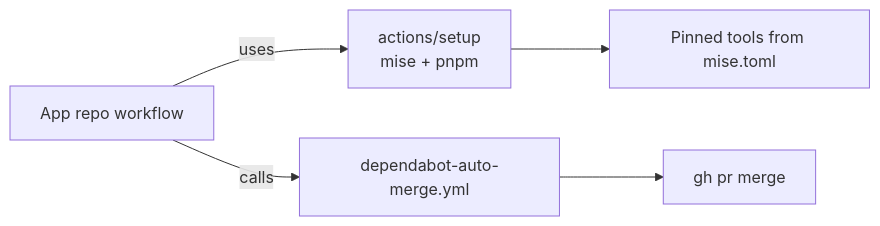
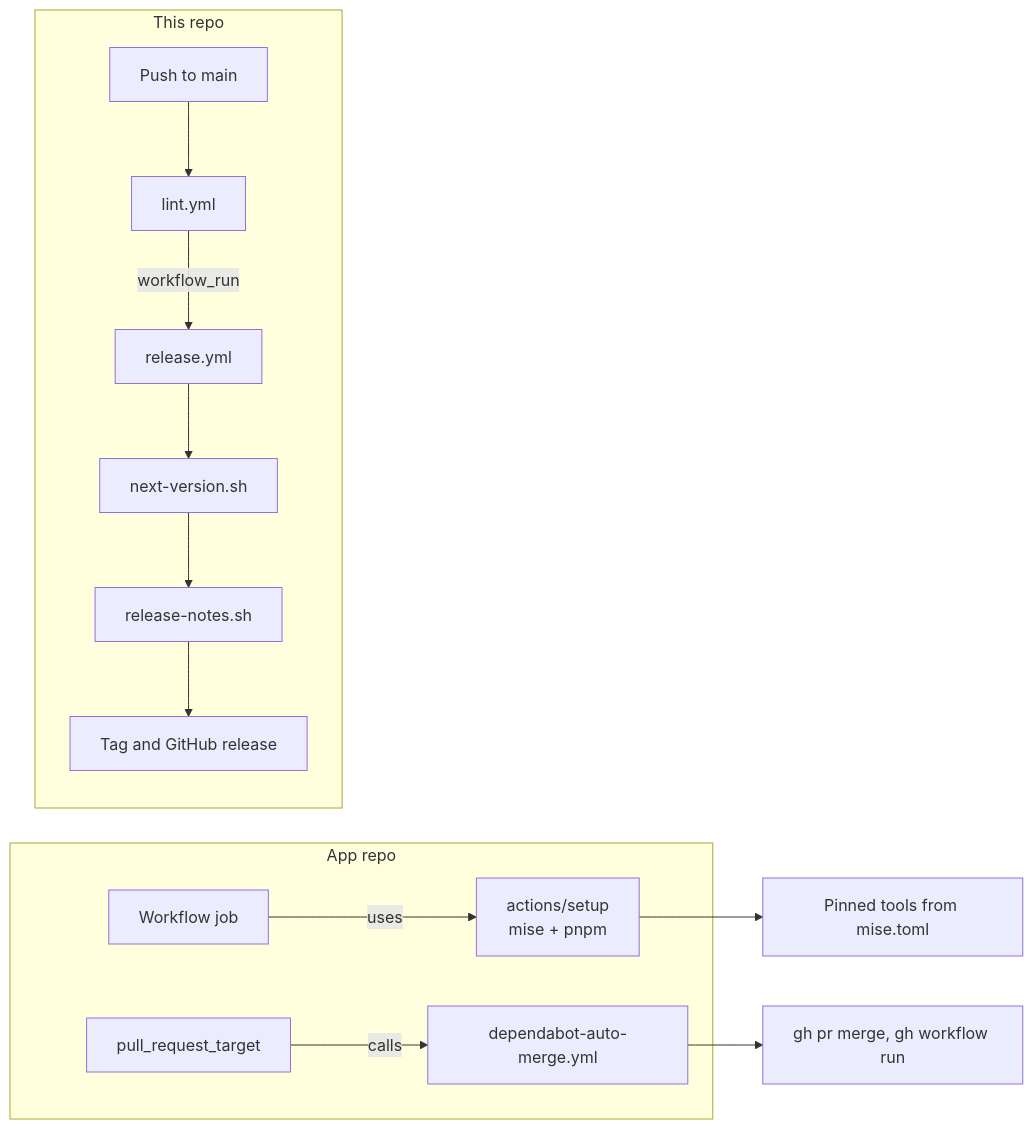
The diagram in docs/architecture.md (workbench-soft/ci), drawn with Mermaid before and after one commit. The commit also changed other lines of this file and 8 other files, not shown here.

````diff
--- a/docs/architecture.md
+++ b/docs/architecture.md
@@ -5,7 +5,14 @@
 ```mermaid
 flowchart LR
-  app["App repo workflow"] -->|uses| setup["actions/setup<br/>mise + pnpm"]
-  app -->|calls| auto["dependabot-auto-merge.yml"]
+  subgraph app["App repo"]
+    job["Workflow job"] -->|uses| setup["actions/setup<br/>mise + pnpm"]
+    pr["pull_request_target"] -->|calls| auto["dependabot-auto-merge.yml"]
+  end
   setup --> tools["Pinned tools from mise.toml"]
-  auto --> gh["gh pr merge"]
+  auto --> gh["gh pr merge, gh workflow run"]
+  subgraph own["This repo"]
+    push["Push to main"] --> lint["lint.yml"]
+    lint -->|workflow_run| release["release.yml"]
+    release --> version["next-version.sh"] --> notes["release-notes.sh"] --> tag["Tag and GitHub release"]
+  end
 ```
````
